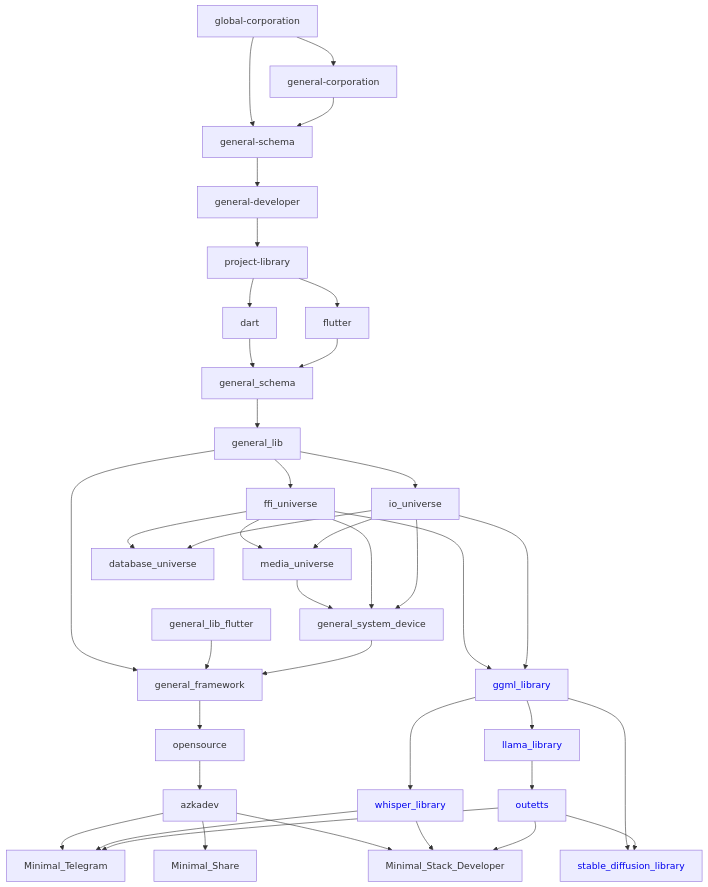
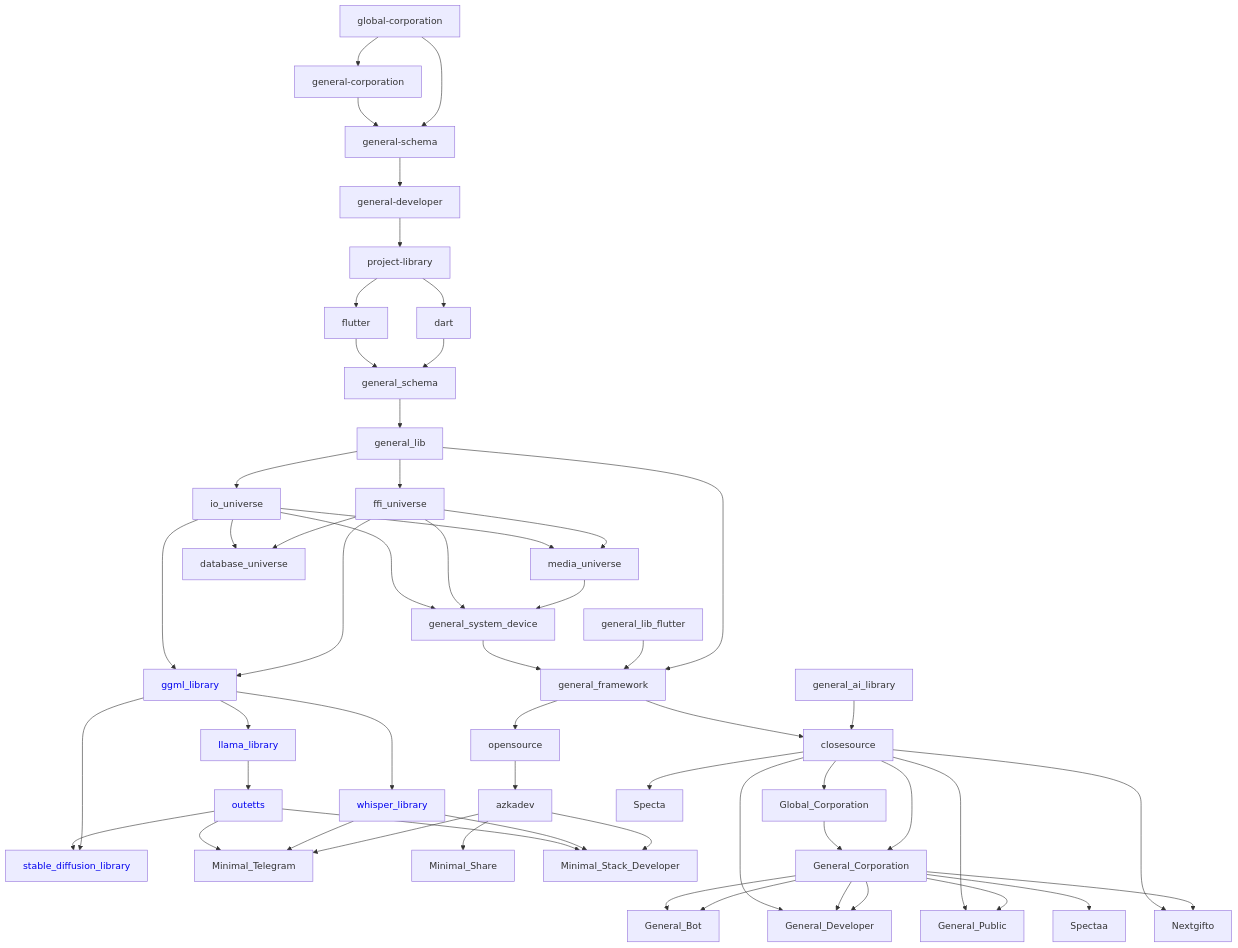
Before and after one commit to General-Developer/.github: the diagram in profile/README.md, drawn with Mermaid.

```diff
--- a/profile/README.md
+++ b/profile/README.md
@@ -57,6 +57,24 @@
 outetts --> Minimal_Stack_Developer
 outetts --> stable_diffusion_library
 
+general_ai_library --> closesource
+
+general_framework --> closesource
+
+closesource --> General_Corporation
+General_Corporation --> General_Bot
+closesource --> Global_Corporation
+Global_Corporation --> General_Corporation
+General_Corporation --> General_Developer
+General_Corporation --> General_Bot
+General_Corporation --> General_Developer
+General_Corporation --> General_Public
+General_Corporation --> Nextgifto
+General_Corporation --> Spectaa
+closesource --> General_Developer
+closesource --> General_Public
+closesource --> Nextgifto
+closesource --> Specta
 
 ggml_library[<a href="https://github.com/General-Developer/ggml_library" style="text-decoration:none;">ggml_library</a>];
 
```
